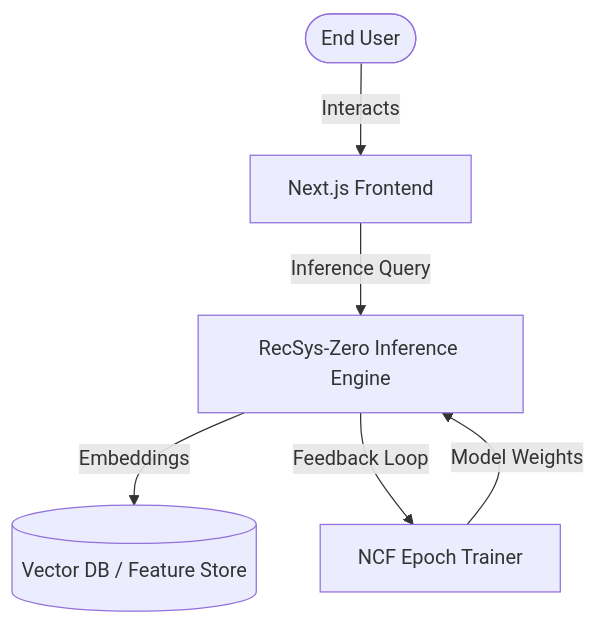
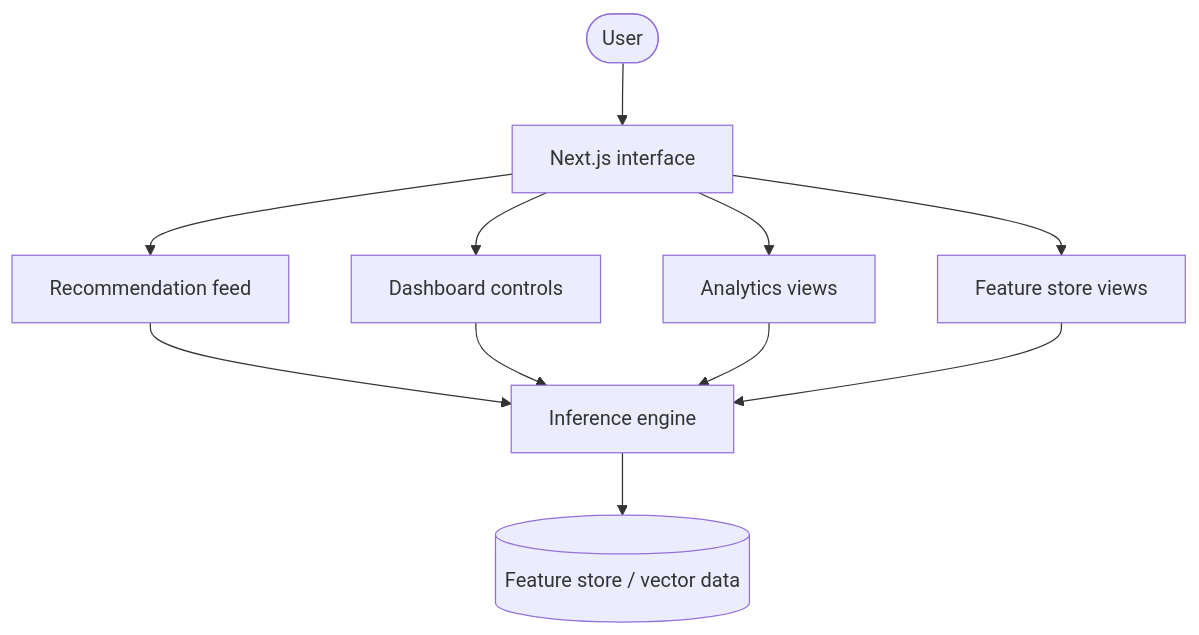
One commit to DEVANSHKANODIA/RecommendationSystem changed the diagram in README.md. Above: the diagram before and after it, drawn with Mermaid. The commit also changed other lines of this file, not shown here.

````diff
--- a/README.md
+++ b/README.md
@@ -25,8 +64,13 @@
 ```mermaid
 graph TD
-    User([End User]) -->|Interacts| UI[Next.js Frontend]
-    UI -->|Inference Query| RecEngine[RecSys-Zero Inference Engine]
-    RecEngine -->|Embeddings| VectorDB[(Vector DB / Feature Store)]
-    RecEngine -->|Feedback Loop| TrainingModel[NCF Epoch Trainer]
-    TrainingModel -->|Model Weights| RecEngine
+    User([User]) --> UI[Next.js interface]
+    UI --> Feed[Recommendation feed]
+    UI --> Ops[Dashboard controls]
+    UI --> Metrics[Analytics views]
+    UI --> Store[Feature store views]
+    Feed --> Engine[Inference engine]
+    Ops --> Engine
+    Metrics --> Engine
+    Store --> Engine
+    Engine --> Features[(Feature store / vector data)]
 ```
````
